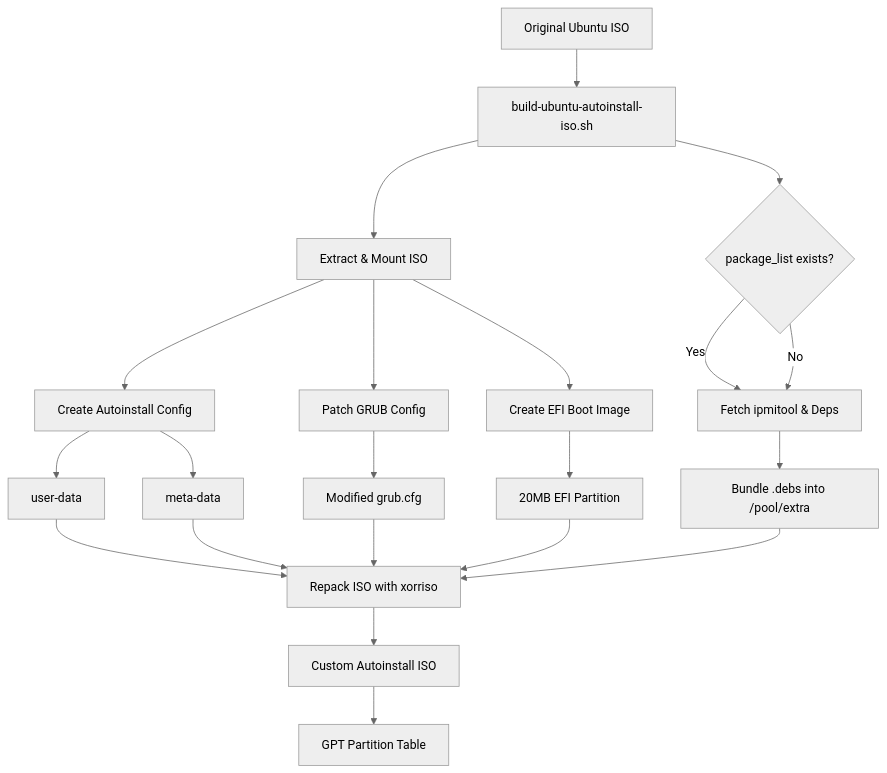
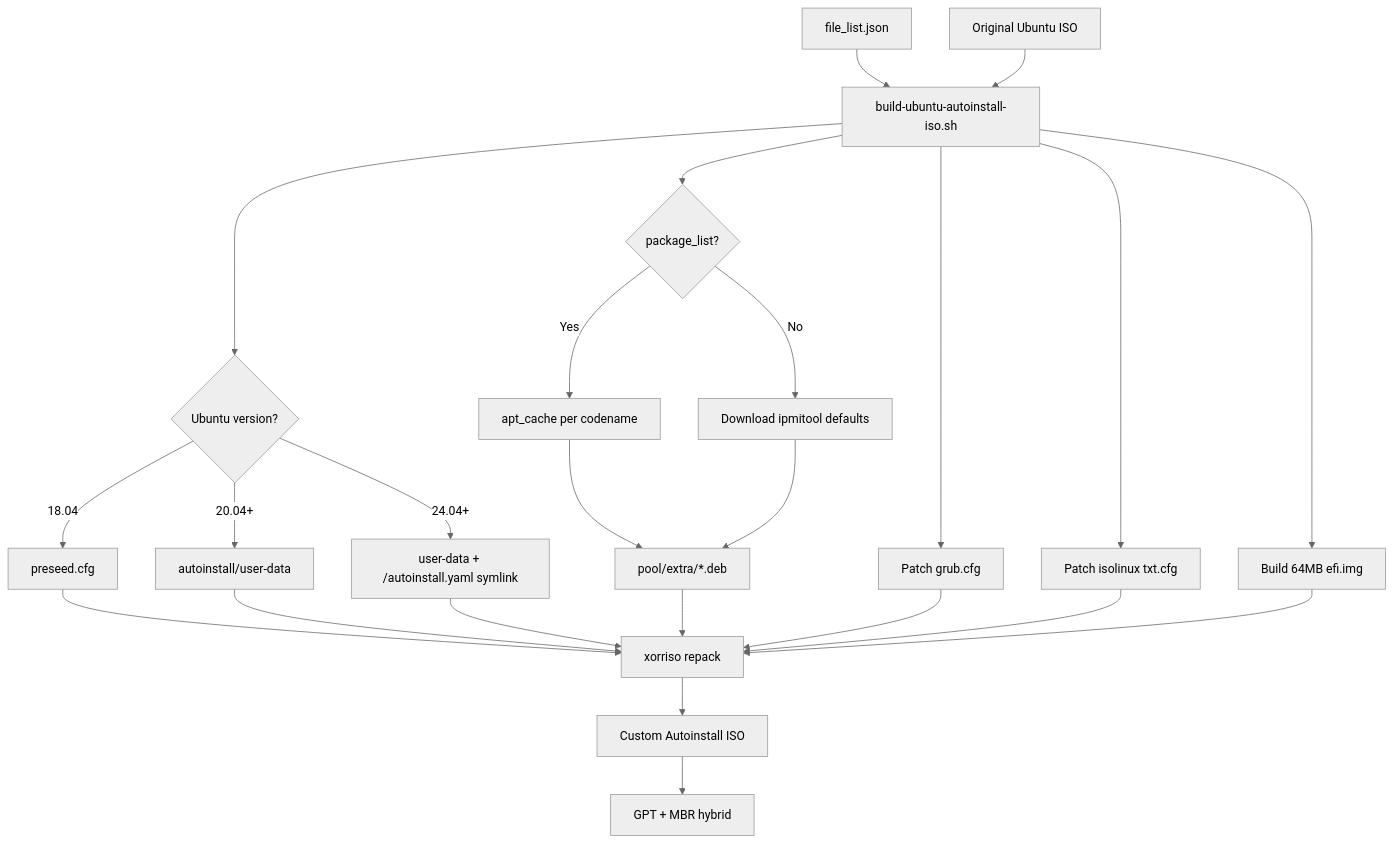
The diagram in autoinstall/doc/01_overview/architecture.md (cyril1974/os_auto_deployment), drawn with Mermaid (neutral theme) before and after one commit. The commit also changed other lines of this file, not shown here.

First line of the commit message:
docs: Rewrite architecture.md to reflect current code (v2-rev49)

````diff
--- a/autoinstall/doc/01_overview/architecture.md
+++ b/autoinstall/doc/01_overview/architecture.md
@@ -9,23 +97,32 @@
 ```mermaid
 graph TB
-    A[Original Ubuntu ISO] --> B[build-ubuntu-autoinstall-iso.sh]
-    B --> C[Extract & Mount ISO]
-    B --> PL{package_list exists?}
-    PL -->|Yes| PDB[Fetch Extra Packages & Deps]
-    PL -->|No| PDB[Fetch ipmitool & Deps]
-    PDB --> PE[Bundle .debs into /pool/extra]
-    C --> D[Create Autoinstall Config]
-    C --> E[Patch GRUB Config]
-    C --> F[Create EFI Boot Image]
-    D --> G[user-data]
-    D --> H[meta-data]
-    E --> I[Modified grub.cfg]
-    F --> J[20MB EFI Partition]
-    G --> K[Repack ISO with xorriso]
-    H --> K
-    I --> K
-    J --> K
-    PE --> K
-    K --> L[Custom Autoinstall ISO]
-    L --> M[GPT Partition Table]
+    A[file_list.json] --> B[build-ubuntu-autoinstall-iso.sh]
+    C[Original Ubuntu ISO] --> B
+
+    B --> D{Ubuntu version?}
+
+    D -->|18.04| E18[preseed.cfg]
+    D -->|20.04+| E20[autoinstall/user-data]
+    D -->|24.04+| E24[user-data + /autoinstall.yaml symlink]
+
+    B --> PL{package_list?}
+    PL -->|Yes| CACHE[apt_cache per codename]
+    CACHE --> PKG[pool/extra/*.deb]
+    PL -->|No| DEFPKG[Download ipmitool defaults]
+    DEFPKG --> PKG
+
+    B --> GRUB[Patch grub.cfg]
+    B --> ISO[Patch isolinux txt.cfg]
+    B --> EFI[Build 64MB efi.img]
+
+    E18 --> XORR[xorriso repack]
+    E20 --> XORR
+    E24 --> XORR
+    PKG --> XORR
+    GRUB --> XORR
+    ISO --> XORR
+    EFI --> XORR
+
+    XORR --> OUT[Custom Autoinstall ISO]
+    OUT --> GPT[GPT + MBR hybrid]
 ```
````
